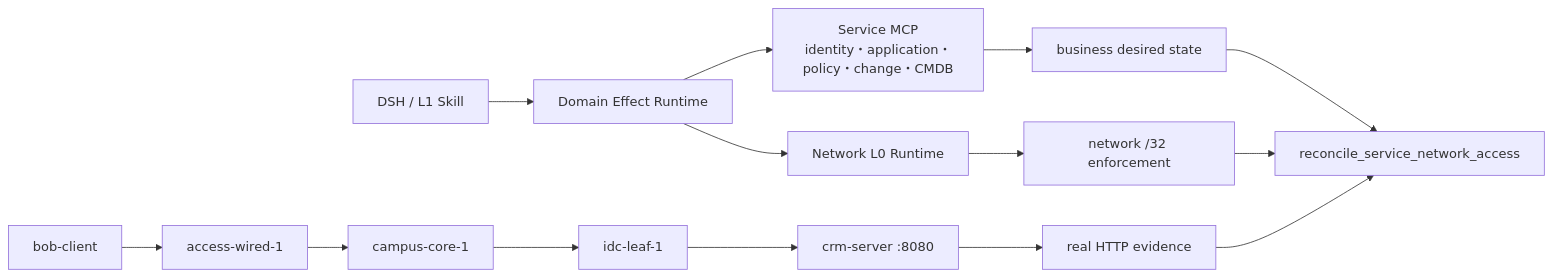
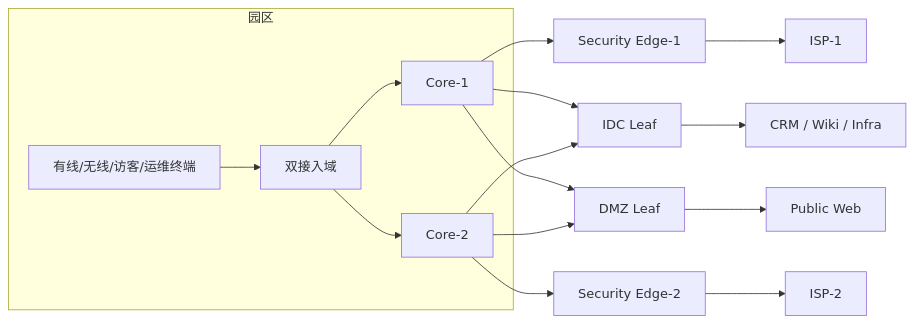
The second of 2 diagrams in README.md (kevinyjk25/NetOpYuAgent), drawn with Mermaid before and after one commit. The commit also changed other lines of this file and 17 other files, not shown here.

````diff
--- a/README.md
+++ b/README.md
@@ -1108,16 +116,18 @@
 ```mermaid
 flowchart LR
-    DSH[DSH / L1 Skill] --> ER[Domain Effect Runtime]
-    ER --> MCP[Service MCP<br/>identity・application・policy・change・CMDB]
-    ER --> NR[Network L0 Runtime]
-    MCP --> Desired[business desired state]
-    NR --> Enforce[network /32 enforcement]
-    Bob[bob-client] --> Wired[access-wired-1]
-    Wired --> Core[campus-core-1]
-    Core --> Leaf[idc-leaf-1]
-    Leaf --> CRM[crm-server :8080]
-    CRM --> Evidence[real HTTP evidence]
-    Desired --> Reconcile[reconcile_service_network_access]
-    Enforce --> Reconcile
-    Evidence --> Reconcile
+    subgraph Campus[园区]
+        Users[有线/无线/访客/运维终端] --> Access[双接入域]
+        Access --> C1[Core-1]
+        Access --> C2[Core-2]
+    end
+    C1 --> E1[Security Edge-1]
+    C2 --> E2[Security Edge-2]
+    E1 --> ISP1[ISP-1]
+    E2 --> ISP2[ISP-2]
+    C1 --> IDC[IDC Leaf]
+    C2 --> IDC
+    C1 --> DMZ[DMZ Leaf]
+    C2 --> DMZ
+    IDC --> Apps[CRM / Wiki / Infra]
+    DMZ --> Public[Public Web]
 ```
````
